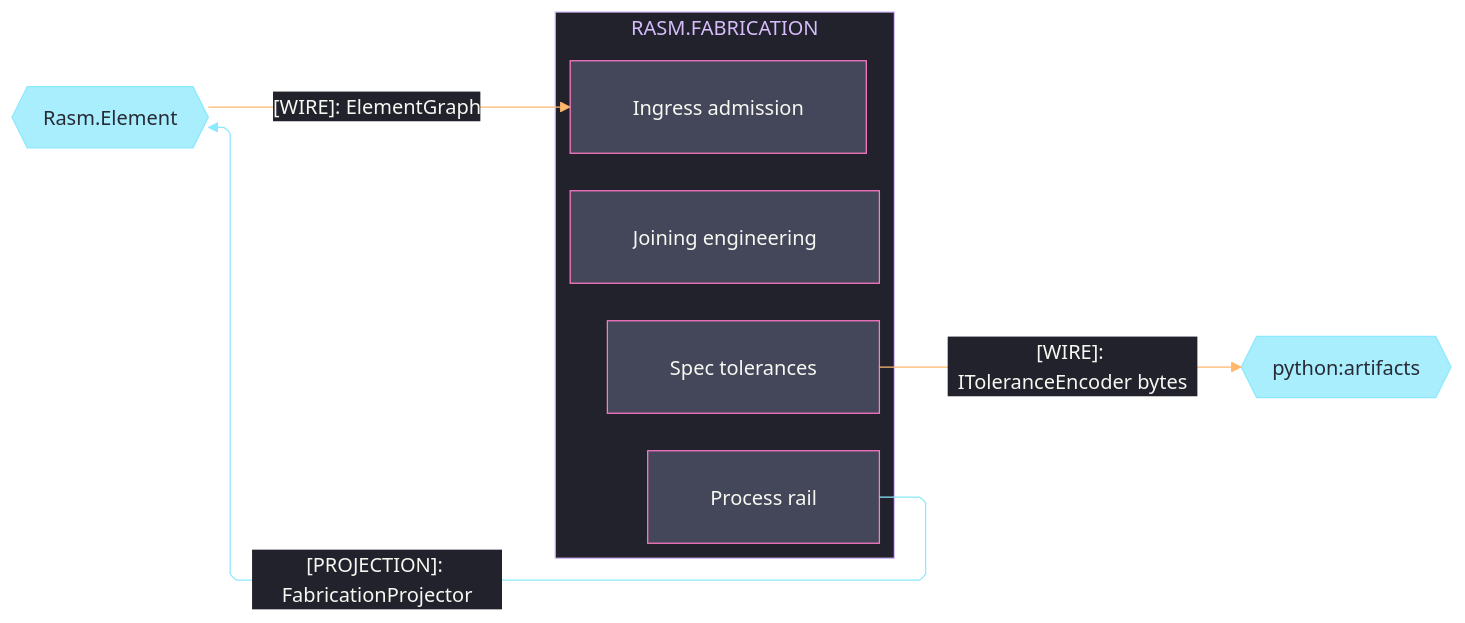
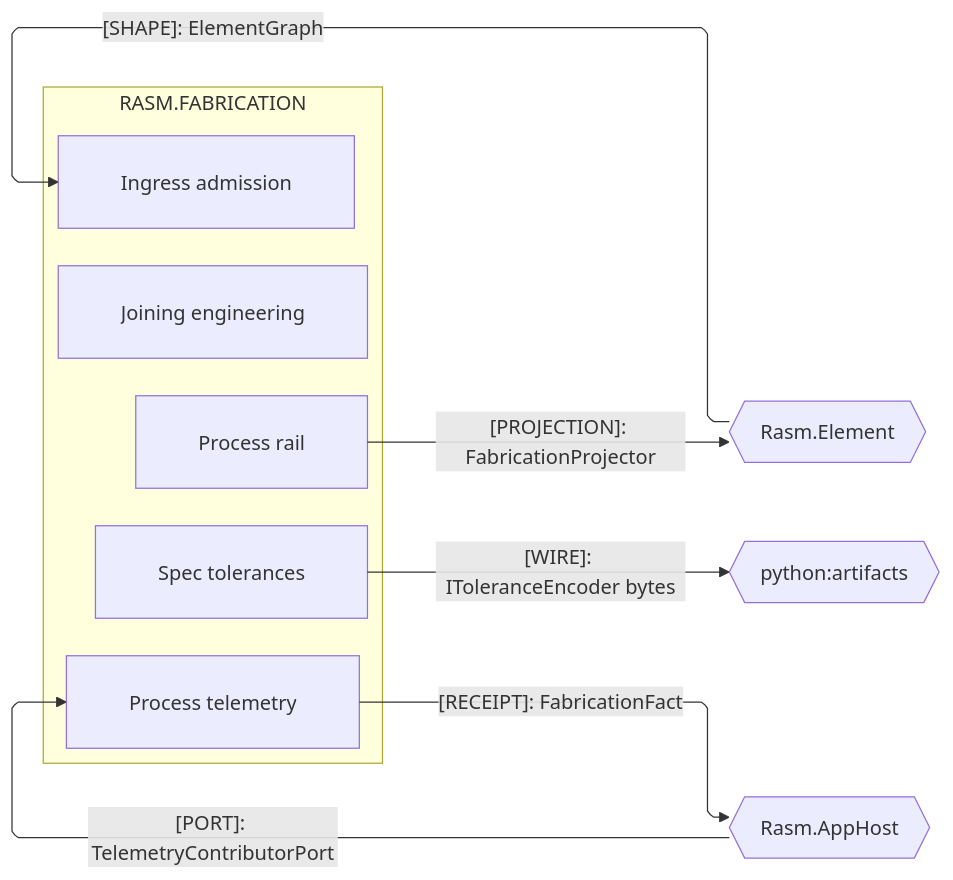
One commit to bsamiee/Rasm changed the second of 3 diagrams in libs/csharp/Rasm.Fabrication/ARCHITECTURE.md. Above: the diagram before and after it, drawn with Mermaid. The commit also changed other lines of this file and 460 other files, not shown here.

````diff
--- a/libs/csharp/Rasm.Fabrication/ARCHITECTURE.md
+++ b/libs/csharp/Rasm.Fabrication/ARCHITECTURE.md
@@ -202,52 +181,27 @@
 ```mermaid
 ---
 config:
-  theme: base
-  look: classic
   layout: elk
   flowchart:
     curve: linear
     padding: 25
-  themeVariables:
-    darkMode: true
-    fontFamily: "SF Mono, Menlo, Cascadia Mono, Segoe UI Mono, Consolas, monospace"
-    useGradient: false
-    dropShadow: "none"
-    background: "#282A36"
-    primaryColor: "#44475A"
-    primaryTextColor: "#F8F8F2"
-    primaryBorderColor: "#BD93F9"
-    lineColor: "#FF79C6"
-    textColor: "#F8F8F2"
-    clusterBkg: "#21222C"
-    clusterBorder: "#D6BCFA"
-    edgeLabelBackground: "#21222C"
-    labelBackgroundColor: "#21222C"
-    titleColor: "#D6BCFA"
-  themeCSS: ".nodeLabel{font-size:13px;font-weight:500}.edgeLabel{font-size:12px;font-weight:500}.cluster-label .nodeLabel{font-size:13.5px;font-weight:700;letter-spacing:.08em}.edge-thickness-normal{stroke-width:2px}.edge-thickness-thick{stroke-width:3px}.edge-pattern-dashed,.edge-pattern-dotted{stroke-width:1.5px;stroke-dasharray:4 6}.node rect,.node circle,.node polygon,.node path,.node .outer-path{stroke-width:1.5px;filter:none!important}.cluster rect{stroke-width:1px!important;stroke-dasharray:5 4!important;filter:none!important}.marker path{transform:scale(.8);transform-origin:5px 5px}.marker circle{transform:scale(.48);transform-origin:5px 5px}.edgeLabel rect{transform-box:fill-box;transform-origin:center;transform:scale(1.1,1.2)}"
 ---
 flowchart LR
     accTitle: Fabrication AEC-domain peer seams
-    accDescr: Fabrication exchanges its registered projector and admitted graph wire with Element, then publishes the tolerance wire to the Python artifacts plane; peer implementation shapes never cross either seam.
+    accDescr: Fabrication exchanges its registered projector and admitted graph shape with Element, publishes the tolerance wire to the Python artifacts plane, and sends its telemetry fact envelopes to the AppHost receipt rail; peer implementation shapes never cross any seam.
     subgraph fabrication[RASM.FABRICATION]
         Process[Process rail]
+        Telemetry[Process telemetry]
         Ingress[Ingress admission]
         Joining[Joining engineering]
         Spec[Spec tolerances]
     end
     Element{{Rasm.Element}}
     Artifacts{{python:artifacts}}
+    AppHost{{Rasm.AppHost}}
     Process e1@-->|"[PROJECTION]: FabricationProjector"| Element
-    Element e2@-->|"[WIRE]: ElementGraph"| Ingress
+    Element e2@-->|"[SHAPE]: ElementGraph"| Ingress
     Spec e8@-->|"[WIRE]: IToleranceEncoder bytes"| Artifacts
-    classDef primary fill:#44475A,stroke:#FF79C6,color:#F8F8F2
-    classDef external fill:#8BE9FDBF,stroke:#8BE9FD,color:#282A36
-    classDef annotation fill:#21222C,stroke:#6272A4,color:#F8F8F2
-    classDef edgeData stroke:#FFB86C,color:#F8F8F2
-    classDef edgeExternal stroke:#8BE9FD,color:#F8F8F2
-    classDef edgeControl stroke:#FF79C6,color:#F8F8F2
-    class Process,Ingress,Joining,Spec primary
-    class Element,Artifacts external
-    class e1 edgeExternal
-    class e2,e8 edgeData
+    Telemetry e9@-->|"[RECEIPT]: FabricationFact"| AppHost
+    AppHost e10@-->|"[PORT]: TelemetryContributorPort"| Telemetry
 ```
````
